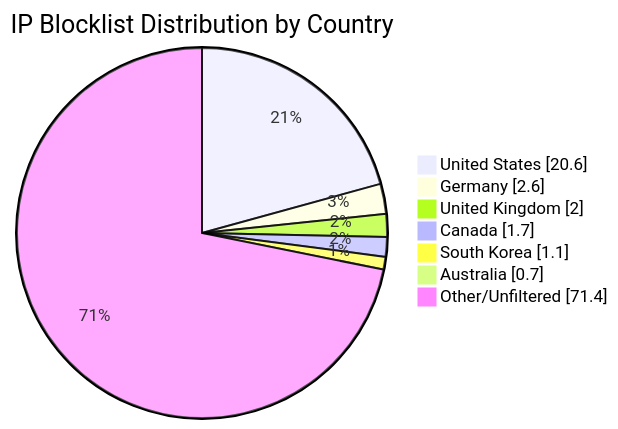
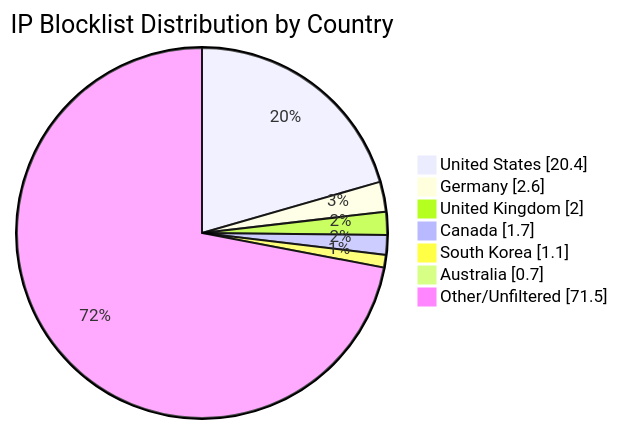
One commit to MarcusHoltz/ipblocklist-geofiltered-aggregator changed the diagram in README.md. Above: the diagram before and after it, drawn with Mermaid. The commit also changed other lines of this file and 9 other files, not shown here.

````diff
--- a/README.md
+++ b/README.md
@@ -34,10 +34,10 @@
 ```mermaid
 pie showData title IP Blocklist Distribution by Country
-"United States" : 20.6
+"United States" : 20.4
 "Germany" : 2.6
 "United Kingdom" : 2.0
 "Canada" : 1.7
 "South Korea" : 1.1
 "Australia" : 0.7
-"Other/Unfiltered" : 71.4
+"Other/Unfiltered" : 71.5
 ```
````
